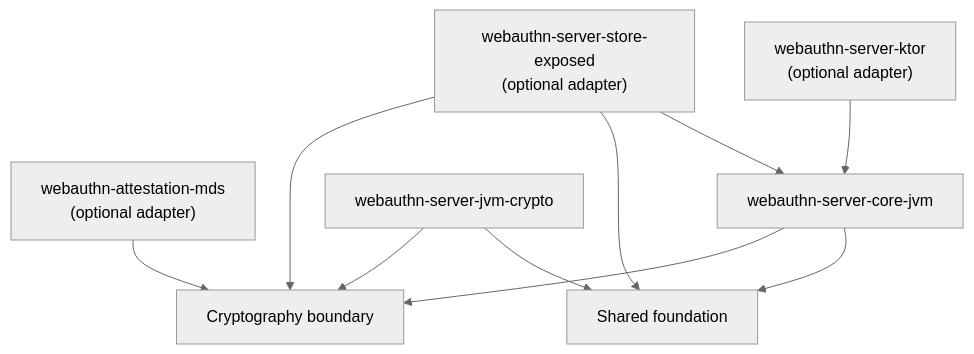
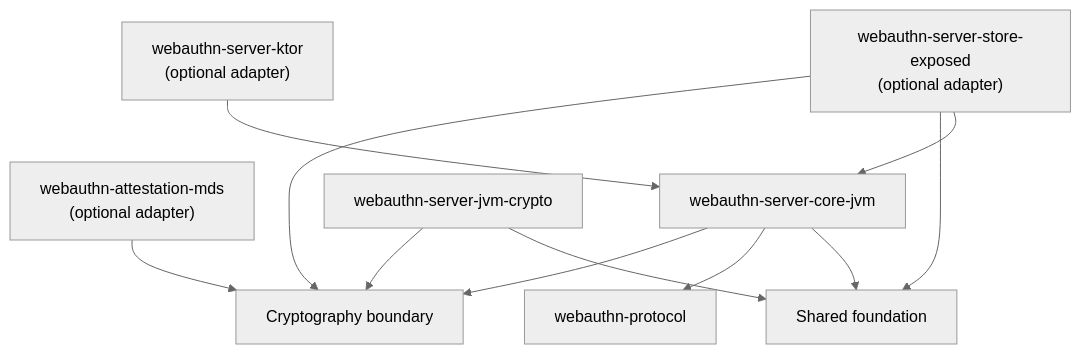
One commit to szijpeter/webauthn-kotlin-multiplatform changed the fourth of 4 diagrams in docs/architecture.md. Above: the diagram before and after it, drawn with Mermaid (neutral theme). The commit also changed other lines of this file and 14 other files, not shown here.

````diff
--- a/docs/architecture.md
+++ b/docs/architecture.md
@@ -145,24 +146,26 @@
 ```mermaid
 flowchart TB
     KTOR["webauthn-server-ktor<br/>(optional adapter)"]
     STORE["webauthn-server-store-exposed<br/>(optional adapter)"]
     MDS["webauthn-attestation-mds<br/>(optional adapter)"]
     SERVER_CORE["webauthn-server-core-jvm"]
+    PROTOCOL["webauthn-protocol"]
     JVM_CRYPTO["webauthn-server-jvm-crypto"]
     FOUNDATION["Shared foundation"]
     CRYPTO["Cryptography boundary"]
 
     KTOR --> SERVER_CORE
 
     STORE --> SERVER_CORE
     STORE --> FOUNDATION
     STORE --> CRYPTO
 
     MDS --> CRYPTO
 
     SERVER_CORE --> FOUNDATION
+    SERVER_CORE --> PROTOCOL
     SERVER_CORE --> CRYPTO
 
     JVM_CRYPTO --> FOUNDATION
     JVM_CRYPTO --> CRYPTO
 ```
````
